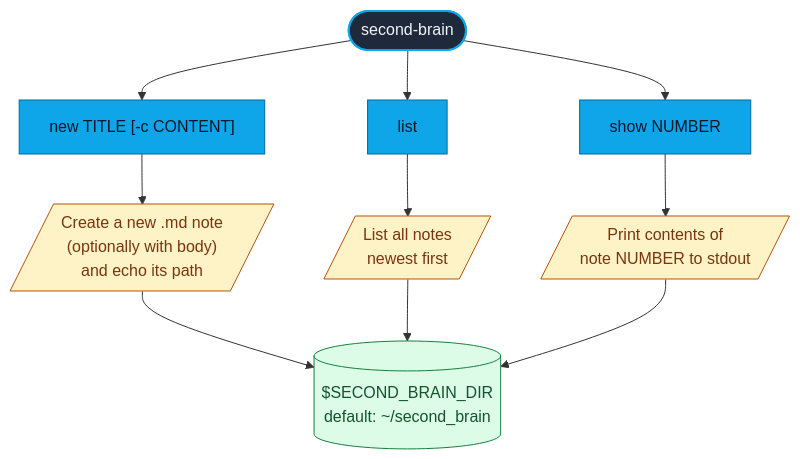
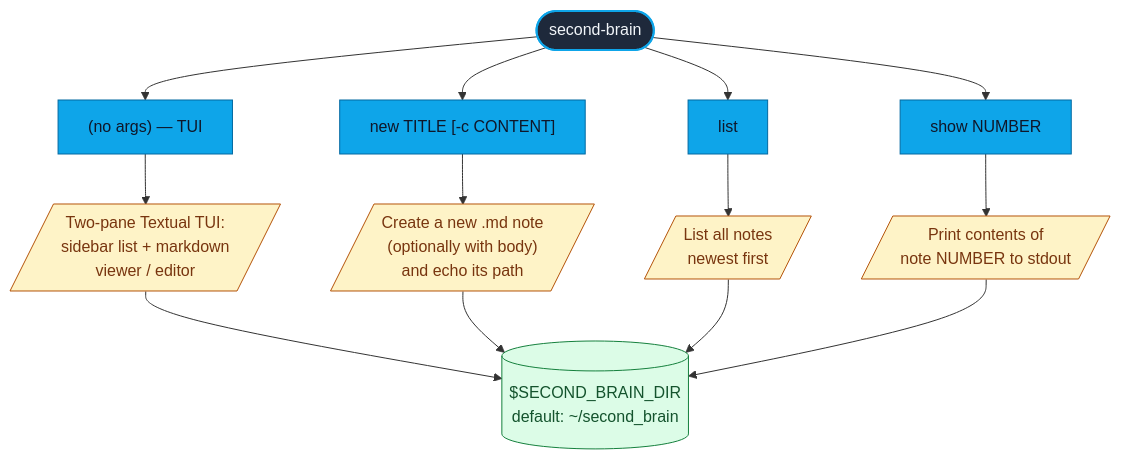
One commit to acsany/second-brain-may changed the diagram in docs/commands.md. Above: the diagram before and after it, drawn with Mermaid. The commit also changed 9 other files, not shown here.

First line of the commit message:
feat(tui): add Textual TUI as default `second_brain` command

````diff
--- a/docs/commands.md
+++ b/docs/commands.md
@@ -3,21 +3,25 @@
 ```mermaid
 flowchart TD
     CLI([second-brain]):::root
 
+    CLI --> TUI["(no args) — TUI"]:::cmd
     CLI --> NEW["new TITLE [-c CONTENT]"]:::cmd
     CLI --> LIST[list]:::cmd
     CLI --> SHOW[show NUMBER]:::cmd
+
+    TUI --> TUI_DESC[/"Two-pane Textual TUI:<br/>sidebar list + markdown<br/>viewer / editor"/]:::desc
+    TUI_DESC --> DIR
 
     NEW --> NEW_DESC[/"Create a new .md note<br/>(optionally with body)<br/>and echo its path"/]:::desc
     LIST --> LIST_DESC[/"List all notes<br/>newest first"/]:::desc
     SHOW --> SHOW_DESC[/"Print contents of<br/>note NUMBER to stdout"/]:::desc
 
     NEW_DESC --> DIR[("$SECOND_BRAIN_DIR<br/>default: ~/second_brain")]:::store
     LIST_DESC --> DIR
     SHOW_DESC --> DIR
 
     classDef root fill:#1e293b,stroke:#0ea5e9,stroke-width:2px,color:#f1f5f9
     classDef cmd fill:#0ea5e9,stroke:#0369a1,color:#0f172a
     classDef desc fill:#fef3c7,stroke:#b45309,color:#78350f
     classDef store fill:#dcfce7,stroke:#15803d,color:#14532d
 ```
````
